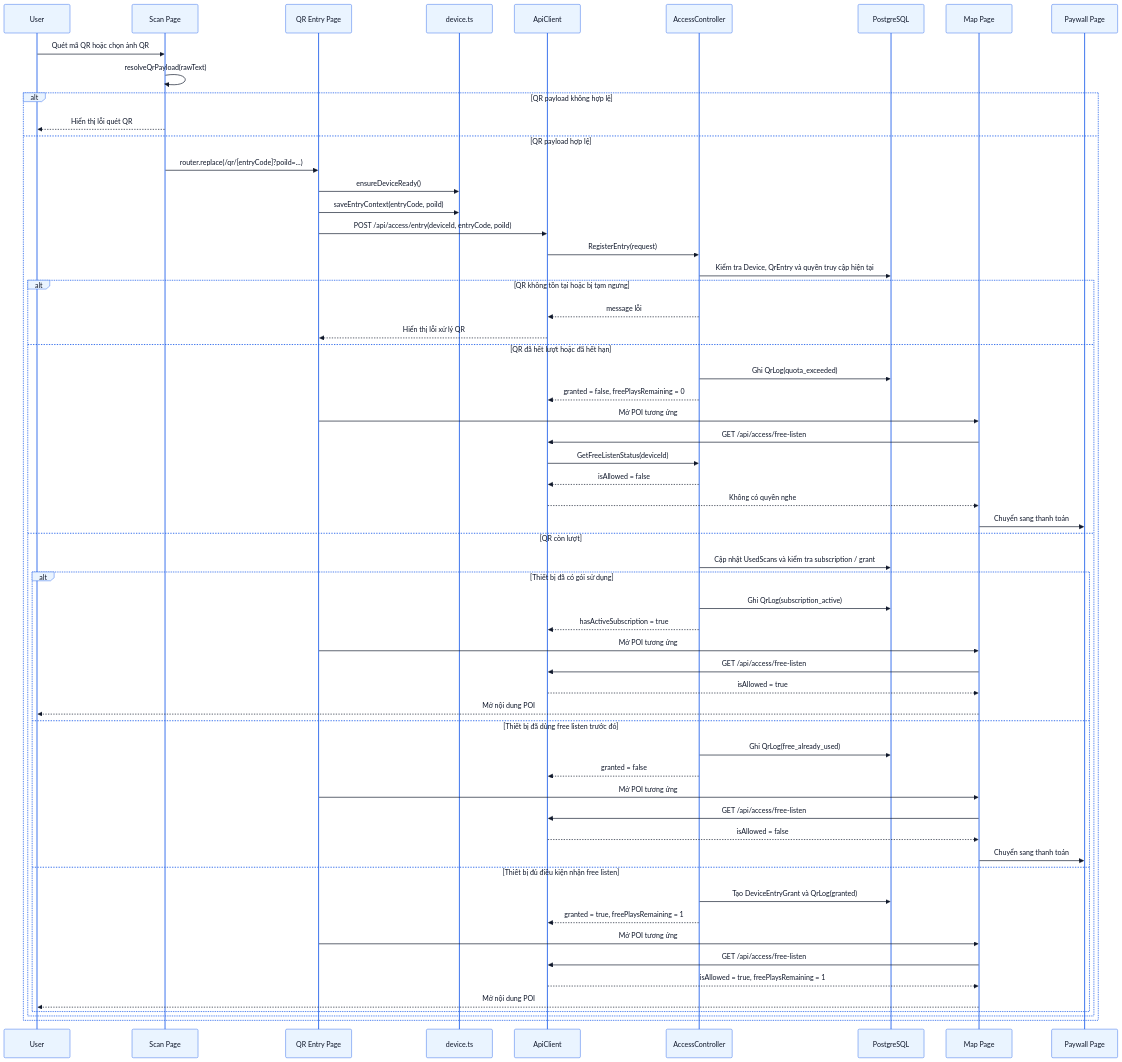
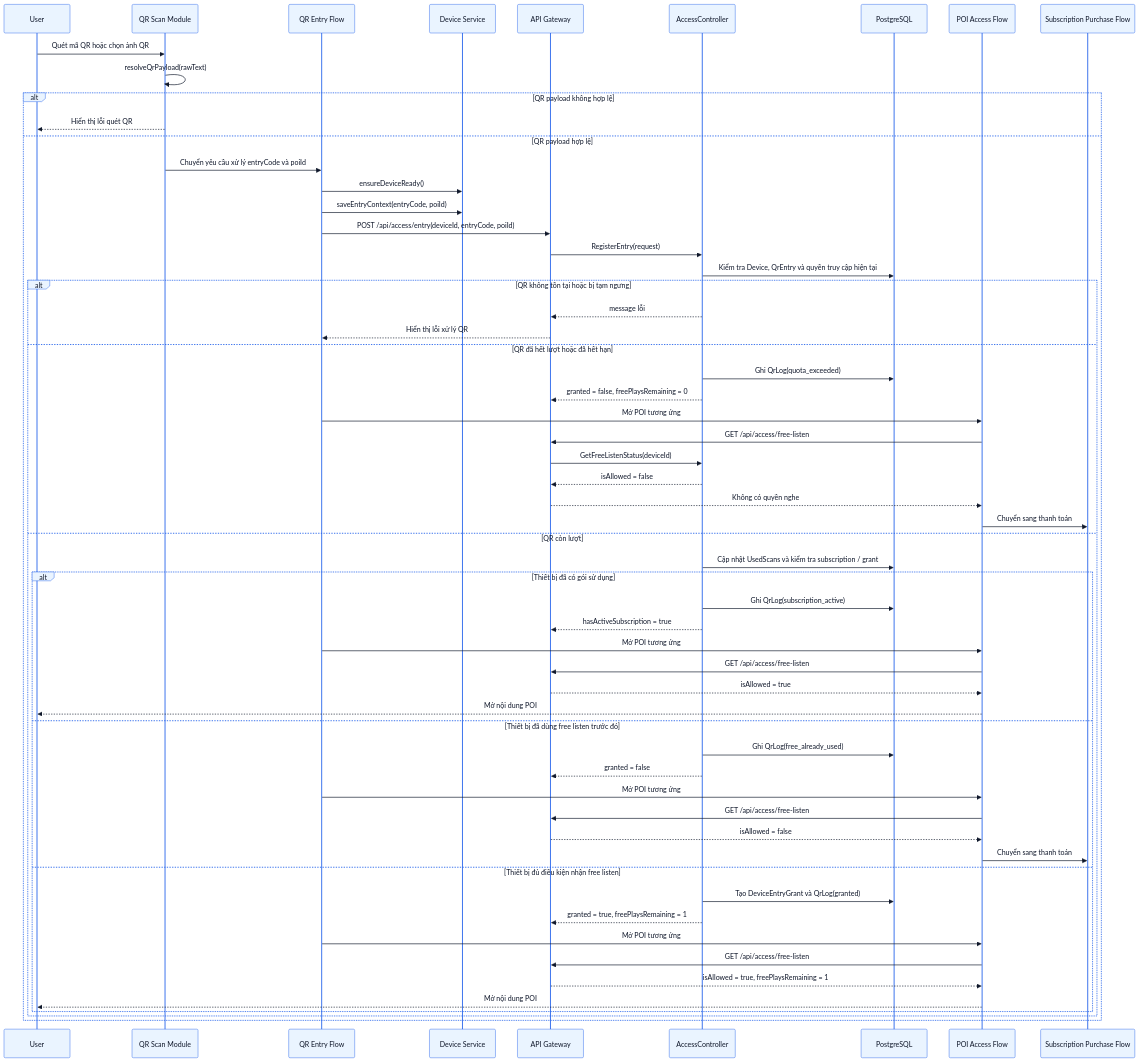
One commit to thaiquanghieu/smart-guide-system changed the third of 30 diagrams in docs/PRD.md. Above: the diagram before and after it, drawn with Mermaid. The commit also changed other lines of this file and 1 other file, not shown here.

````diff
--- a/docs/PRD.md
+++ b/docs/PRD.md
@@ -658,81 +779,81 @@
 ```mermaid
 %%{init: {
   "theme": "base",
   "themeVariables": {
     "primaryColor": "#EAF4FF",
     "primaryBorderColor": "#2563EB",
     "primaryTextColor": "#0F172A",
     "lineColor": "#2563EB",
     "secondaryColor": "#DBEAFE",
     "tertiaryColor": "#F8FBFF",
     "noteBkgColor": "#EFF6FF",
     "noteBorderColor": "#3B82F6",
     "activationBorderColor": "#2563EB",
     "activationBkgColor": "#DBEAFE",
     "sequenceNumberColor": "#0F172A"
   }
 }}%%
 sequenceDiagram
     participant User as User
-    participant ScanPage as Scan Page
-    participant QrPage as QR Entry Page
-    participant DeviceLib as device.ts
-    participant API as ApiClient
+    participant Scanner as QR Scan Module
+    participant EntryFlow as QR Entry Flow
+    participant DeviceLib as Device Service
+    participant API as API Gateway
     participant AccessCtl as AccessController
     participant DB as PostgreSQL
-    participant MapPage as Map Page
-    participant Paywall as Paywall Page
+    participant ContentFlow as POI Access Flow
+    participant PaymentFlow as Subscription Purchase Flow
 
-    User ->> ScanPage: Quét mã QR hoặc chọn ảnh QR
-    ScanPage ->> ScanPage: resolveQrPayload(rawText)
+    User ->> Scanner: Quét mã QR hoặc chọn ảnh QR
+    Scanner ->> Scanner: resolveQrPayload(rawText)
 
     alt QR payload không hợp lệ
-        ScanPage -->> User: Hiển thị lỗi quét QR
+        Scanner -->> User: Hiển thị lỗi quét QR
     else QR payload hợp lệ
-        ScanPage ->> QrPage: router.replace(/qr/[entryCode]?poiId=...)
-        QrPage ->> DeviceLib: ensureDeviceReady()
-        QrPage ->> DeviceLib: saveEntryContext(entryCode, poiId)
-        QrPage ->> API: POST /api/access/entry(deviceId, entryCode, poiId)
+        Scanner ->> EntryFlow: Chuyển yêu cầu xử lý entryCode và poiId
+        EntryFlow ->> DeviceLib: ensureDeviceReady()
+        EntryFlow ->> DeviceLib: saveEntryContext(entryCode, poiId)
+        EntryFlow ->> API: POST /api/access/entry(deviceId, entryCode, poiId)
         API ->> AccessCtl: RegisterEntry(request)
         AccessCtl ->> DB: Kiểm tra Device, QrEntry và quyền truy cập hiện tại
 
         alt QR không tồn tại hoặc bị tạm ngưng
             AccessCtl -->> API: message lỗi
-            API -->> QrPage: Hiển thị lỗi xử lý QR
+            API -->> EntryFlow: Hiển thị lỗi xử lý QR
         else QR đã hết lượt hoặc đã hết hạn
             AccessCtl ->> DB: Ghi QrLog(quota_exceeded)
             AccessCtl -->> API: granted = false, freePlaysRemaining = 0
-            QrPage ->> MapPage: Mở POI tương ứng
-            MapPage ->> API: GET /api/access/free-listen
+            EntryFlow ->> ContentFlow: Mở POI tương ứng
+            ContentFlow ->> API: GET /api/access/free-listen
             API ->> AccessCtl: GetFreeListenStatus(deviceId)
             AccessCtl -->> API: isAllowed = false
-            API -->> MapPage: Không có quyền nghe
-            MapPage ->> Paywall: Chuyển sang thanh toán
+            API -->> ContentFlow: Không có quyền nghe
+            ContentFlow ->> PaymentFlow: Chuyển sang thanh toán
         else QR còn lượt
             AccessCtl ->> DB: Cập nhật UsedScans và kiểm tra subscription / grant
 
             alt Thiết bị đã có gói sử dụng
                 AccessCtl ->> DB: Ghi QrLog(subscription_active)
                 AccessCtl -->> API: hasActiveSubscription = true
-                QrPage ->> MapPage: Mở POI tương ứng
-                MapPage ->> API: GET /api/access/free-listen
-                API -->> MapPage: isAllowed = true
-                MapPage -->> User: Mở nội dung POI
+                EntryFlow ->> ContentFlow: Mở POI tương ứng
+                ContentFlow ->> API: GET /api/access/free-listen
+                API -->> ContentFlow: isAllowed = true
+                ContentFlow -->> User: Mở nội dung POI
             else Thiết bị đã dùng free listen trước đó
                 AccessCtl ->> DB: Ghi QrLog(free_already_used)
                 AccessCtl -->> API: granted = false
-                QrPage ->> MapPage: Mở POI tương ứng
-                MapPage ->> API: GET /api/access/free-listen
-                API -->> MapPage: isAllowed = false
-                MapPage ->> Paywall: Chuyển sang thanh toán
+                EntryFlow ->> ContentFlow: Mở POI tương ứng
+                ContentFlow ->> API: GET /api/access/free-listen
+                API -->> ContentFlow: isAllowed = false
+                ContentFlow ->> PaymentFlow: Chuyển sang thanh toán
             else Thiết bị đủ điều kiện nhận free listen
                 AccessCtl ->> DB: Tạo DeviceEntryGrant và QrLog(granted)
                 AccessCtl -->> API: granted = true, freePlaysRemaining = 1
-                QrPage ->> MapPage: Mở POI tương ứng
-                MapPage ->> API: GET /api/access/free-listen
-                API -->> MapPage: isAllowed = true, freePlaysRemaining = 1
-                MapPage -->> User: Mở nội dung POI
+                EntryFlow ->> ContentFlow: Mở POI tương ứng
+                ContentFlow ->> API: GET /api/access/free-listen
+                API -->> ContentFlow: isAllowed = true, freePlaysRemaining = 1
+                ContentFlow -->> User: Mở nội dung POI
             end
         end
     end
 ```
````
